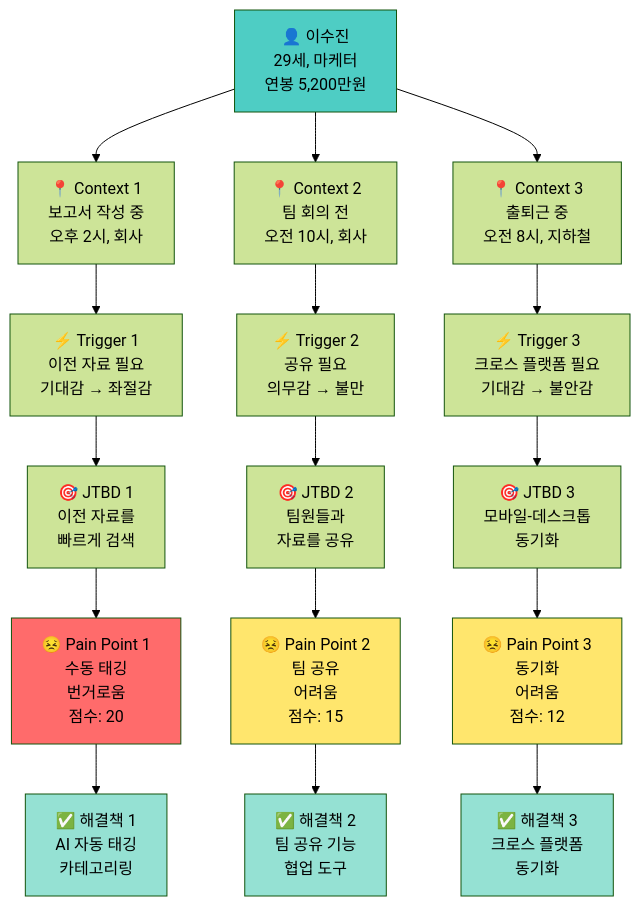
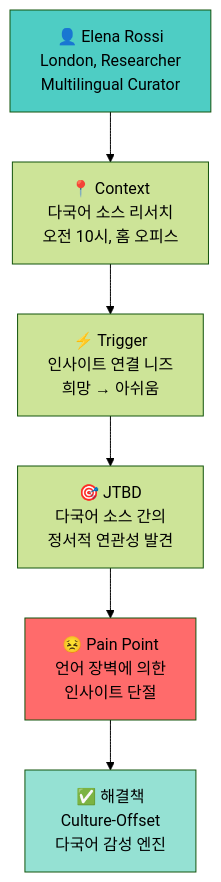
One commit to gus2902/new_learn changed the third of 5 diagrams in docs/프로젝트/output/PHASE3-페르소나JTBD/PHASE3-Step5-통합다이어그램-2026-01-10.md. Above: the diagram before and after it, drawn with Mermaid (forest theme). The commit also changed other lines of this file and 25 other files, not shown here.

````diff
--- a/docs/프로젝트/output/PHASE3-페르소나JTBD/PHASE3-Step5-통합다이어그램-2026-01-10.md
+++ b/docs/프로젝트/output/PHASE3-페르소나JTBD/PHASE3-Step5-통합다이어그램-2026-01-10.md
@@ -170,52 +64,20 @@
 ```mermaid
 graph TB
-    P3["👤 이수진<br/>29세, 마케터<br/>연봉 5,200만원"]
+    P3["👤 Elena Rossi<br/>London, Researcher<br/>Multilingual Curator"]
     
-    C1["📍 Context 1<br/>보고서 작성 중<br/>오후 2시, 회사"]
-    C2["📍 Context 2<br/>팀 회의 전<br/>오전 10시, 회사"]
-    C3["📍 Context 3<br/>출퇴근 중<br/>오전 8시, 지하철"]
+    C3["📍 Context<br/>다국어 소스 리서치<br/>오전 10시, 홈 오피스"]
     
-    T1["⚡ Trigger 1<br/>이전 자료 필요<br/>기대감 → 좌절감"]
-    T2["⚡ Trigger 2<br/>공유 필요<br/>의무감 → 불만"]
-    T3["⚡ Trigger 3<br/>크로스 플랫폼 필요<br/>기대감 → 불안감"]
+    T3["⚡ Trigger<br/>인사이트 연결 니즈<br/>희망 → 아쉬움"]
     
-    J1["🎯 JTBD 1<br/>이전 자료를<br/>빠르게 검색"]
-    J2["🎯 JTBD 2<br/>팀원들과<br/>자료를 공유"]
-    J3["🎯 JTBD 3<br/>모바일-데스크톱<br/>동기화"]
+    J3["🎯 JTBD<br/>다국어 소스 간의<br/>정서적 연관성 발견"]
     
-    PP1["😣 Pain Point 1<br/>수동 태깅<br/>번거로움<br/>점수: 20"]
-    PP2["😣 Pain Point 2<br/>팀 공유<br/>어려움<br/>점수: 15"]
-    PP3["😣 Pain Point 3<br/>동기화<br/>어려움<br/>점수: 12"]
+    PP3["😣 Pain Point<br/>언어 장벽에 의한<br/>인사이트 단절"]
     
-    S1["✅ 해결책 1<br/>AI 자동 태깅<br/>카테고리링"]
-    S2["✅ 해결책 2<br/>팀 공유 기능<br/>협업 도구"]
-    S3["✅ 해결책 3<br/>크로스 플랫폼<br/>동기화"]
+    S3["✅ 해결책<br/>Culture-Offset<br/>다국어 감성 엔진"]
     
-    P3 --> C1
-    P3 --> C2
-    P3 --> C3
-    
-    C1 --> T1
-    C2 --> T2
-    C3 --> T3
-    
-    T1 --> J1
-    T2 --> J2
-    T3 --> J3
-    
-    J1 --> PP1
-    J2 --> PP2
-    J3 --> PP3
-    
-    PP1 --> S1
-    PP2 --> S2
-    PP3 --> S3
+    P3 --> C3 --> T3 --> J3 --> PP3 --> S3
     
     style P3 fill:#4ecdc4
-    style PP1 fill:#ff6b6b
-    style PP2 fill:#ffe66d
-    style PP3 fill:#ffe66d
-    style S1 fill:#95e1d3
-    style S2 fill:#95e1d3
+    style PP3 fill:#ff6b6b
     style S3 fill:#95e1d3
 ```
````
